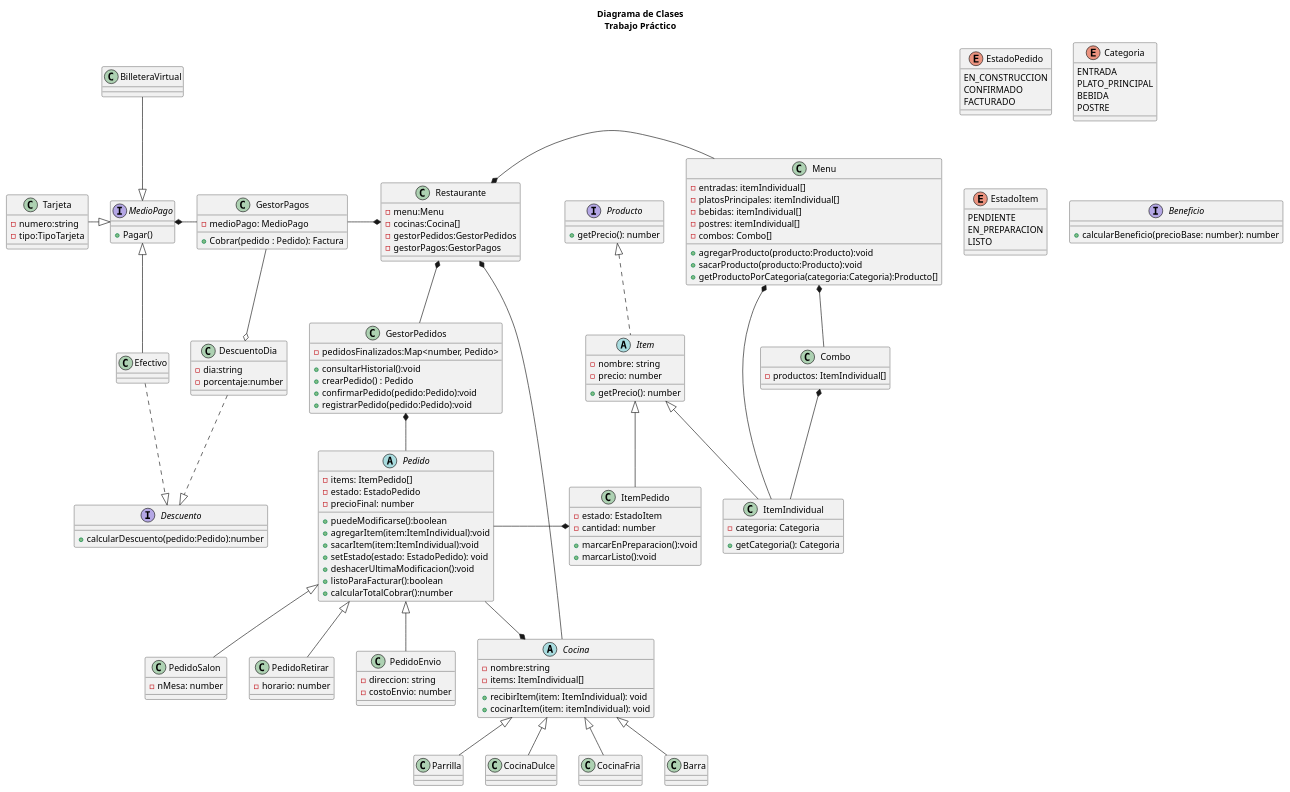
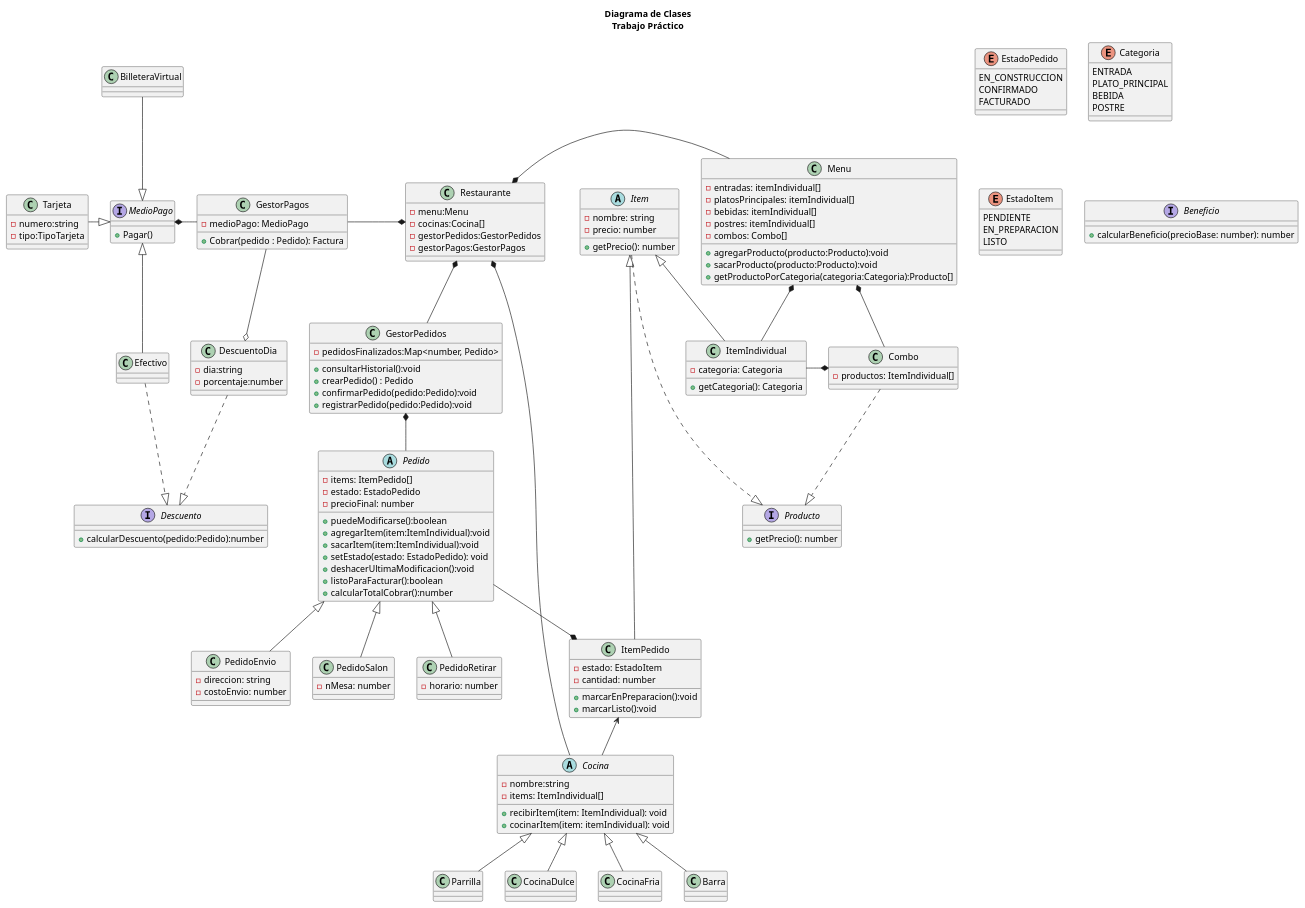
One commit to crstian8819/tp-grupo-11 changed the diagram in diagrama/diagrama.puml. Above: the diagram before and after it, drawn with PlantUML.

Commit message:
cambio de relaciones en el diagrama.- cocina deja de estar compuesta por pedido para usar ItemPedido.-

```diff
--- a/diagrama/diagrama.puml
+++ b/diagrama/diagrama.puml
@@ -79,7 +79,7 @@
         +getPrecio(): number
     }
 
-    abstract class Item implements Producto { 
+    abstract class Item{ 
         -nombre: string
         -precio: number
 
@@ -103,7 +103,7 @@
         +marcarListo():void
     }
 
-    class Combo {
+    class Combo{
         -productos: ItemIndividual[]
     }
 
@@ -188,14 +188,14 @@
     Pedido <|-d- PedidoSalon
     Pedido <|-d- PedidoRetirar
     Pedido <|-d- PedidoEnvio
-    Pedido -r-* ItemPedido
-    Pedido --* Cocina
+    Pedido --* ItemPedido
 
 'MENU
 
     Menu *-- ItemIndividual
-    Menu *-- Combo
-    Combo *-- ItemIndividual
+    Menu *-d- Combo
+    Combo *-l- ItemIndividual
+    Combo ..|> Producto
 
 'COCINA
 
@@ -203,6 +203,7 @@
     CocinaDulce -u-|> Cocina
     CocinaFria -u-|> Cocina
     Barra -u-|> Cocina
+    ItemPedido <-- Cocina
 
 'GESTOR DE PAGOS
 
@@ -227,4 +228,5 @@
     'Un pedido contiene exactamente Un registro en historial de Pedidos
     'HistorialPedido puede contener 0 o muchos pedidos.
 
+    Item .d.|> Producto
 @enduml
```
